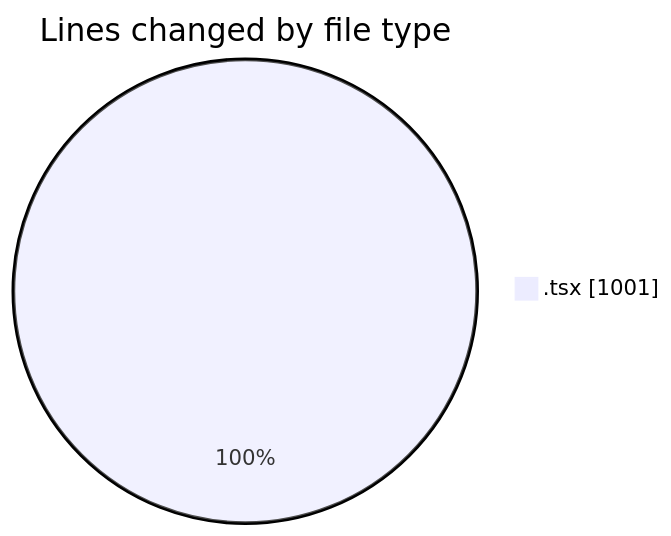
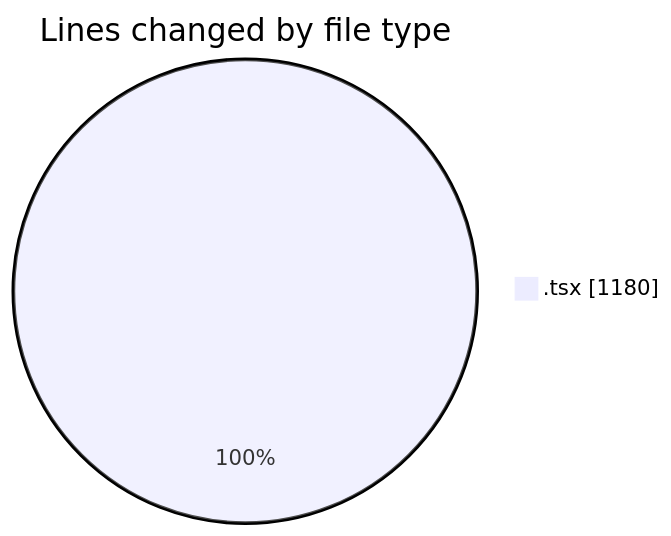
One commit to nxtqubesakshisongat/code-tracking changed the first of 2 diagrams in 2026-07-11/nxtqube_webapp/README.md. Above: the diagram before and after it, drawn with Mermaid. The commit also changed other lines of this file and 1 other file, not shown here.

````diff
--- a/2026-07-11/nxtqube_webapp/README.md
+++ b/2026-07-11/nxtqube_webapp/README.md
@@ -23,5 +24,5 @@
 ```mermaid
 pie showData
 title Lines changed by file type
-".tsx" : 1001
+".tsx" : 1180
 ```
````
